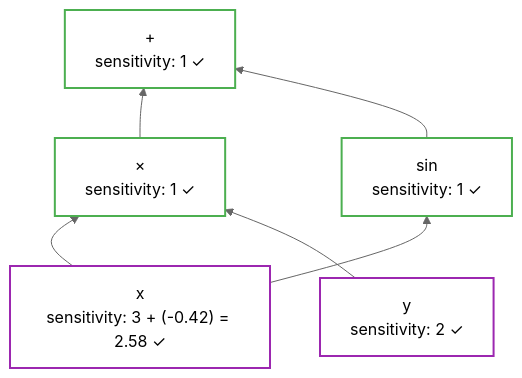
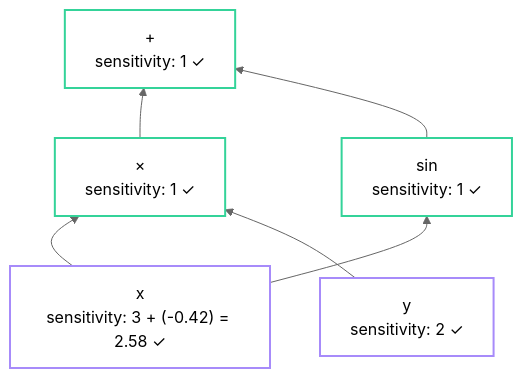
One commit to bolu-atx/bolu-atx.github.io changed the seventh of 9 diagrams in _posts/2025-06-15-autodiff-rust-part1-graphs.md. Above: the diagram before and after it, drawn with Mermaid (neutral theme). The commit also changed other lines of this file and 5 other files, not shown here.

First line of the commit message:
Add dark mode support for Mermaid diagrams

````diff
--- a/_posts/2025-06-15-autodiff-rust-part1-graphs.md
+++ b/_posts/2025-06-15-autodiff-rust-part1-graphs.md
@@ -257,20 +263,19 @@
 ```mermaid
 graph BT
     x["x<br/>sensitivity: 3 + (-0.42) = 2.58 ✓"]
     y["y<br/>sensitivity: 2 ✓"]
     mul["×<br/>sensitivity: 1 ✓"]
     sin["sin<br/>sensitivity: 1 ✓"]
     add["+<br/>sensitivity: 1 ✓"]
 
     x --> mul
     y --> mul
     x --> sin
     mul --> add
     sin --> add
 
-    style add fill:none,stroke:#4CAF50,stroke-width:2px
-    style mul fill:none,stroke:#4CAF50,stroke-width:2px
-    style sin fill:none,stroke:#4CAF50,stroke-width:2px
-    style x fill:none,stroke:#9C27B0,stroke-width:2px
-    style y fill:none,stroke:#9C27B0,stroke-width:2px
+    classDef done fill:none,stroke:#34d399,stroke-width:2px
+    classDef result fill:none,stroke:#a78bfa,stroke-width:2px
+    class add,mul,sin done
+    class x,y result
 ```
````
